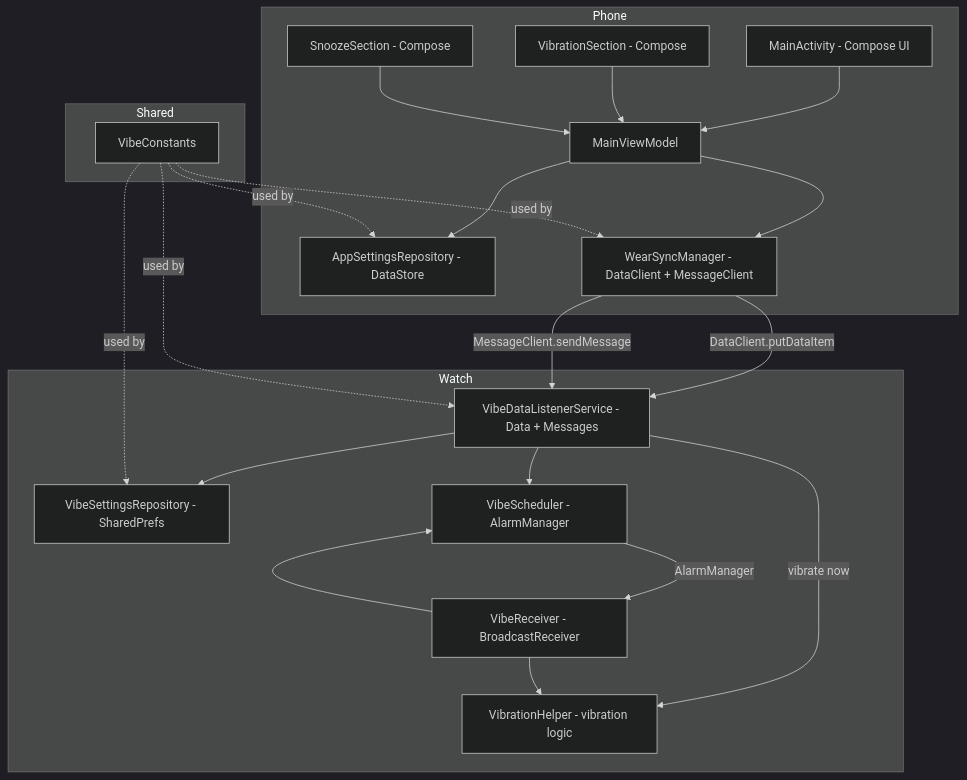
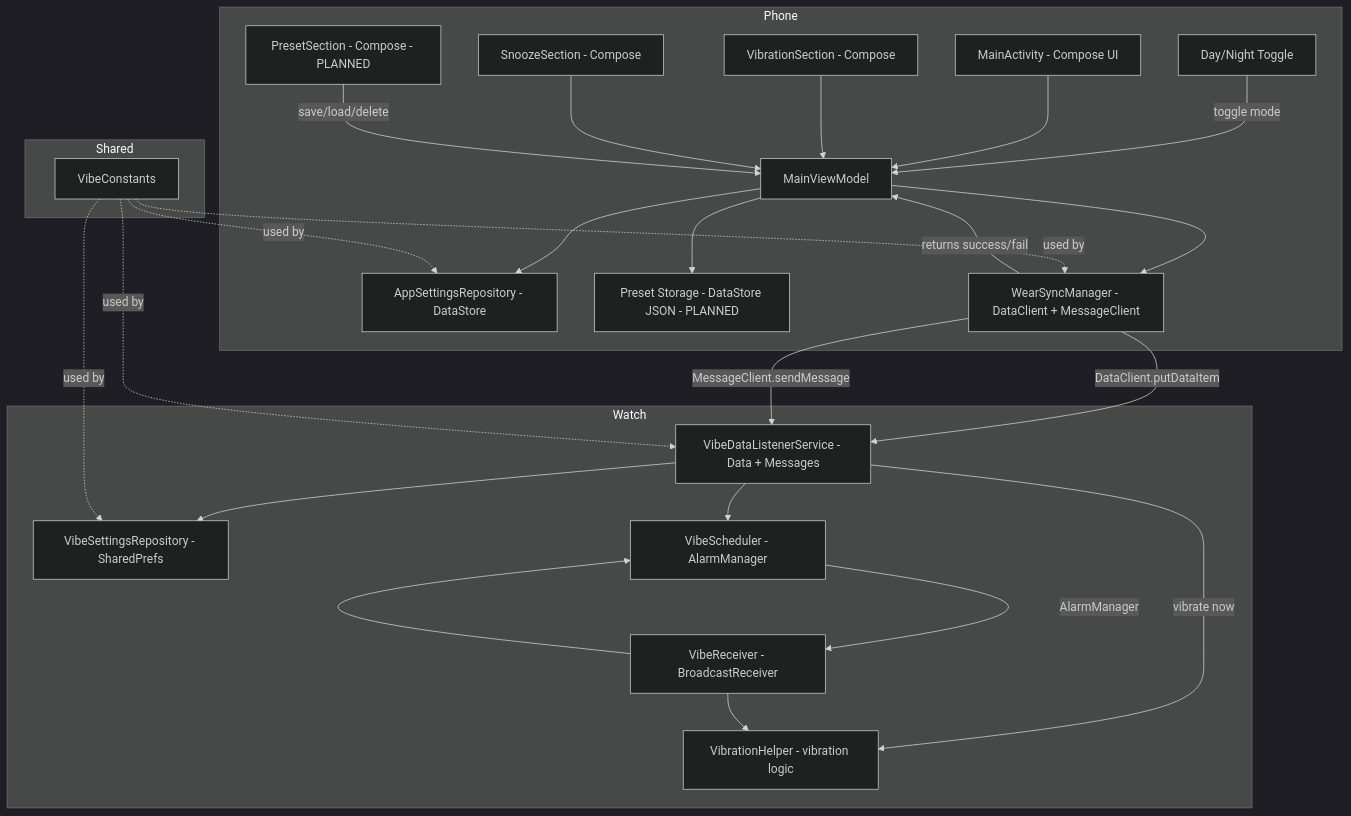
Before and after one commit to tjthejuggler/VILD: the diagram in memory-bank/systemPatterns.md, drawn with Mermaid (dark theme). The commit also changed other lines of this file and 264 other files, not shown here.

Commit message:
night and day mode added, savable setings

````diff
--- a/memory-bank/systemPatterns.md
+++ b/memory-bank/systemPatterns.md
@@ -7,41 +7,48 @@
 ```mermaid
 graph TD
     subgraph Phone
+        DayNightToggle[Day/Night Toggle]
         UI[MainActivity - Compose UI]
         VibSec[VibrationSection - Compose]
         SnoozeSec[SnoozeSection - Compose]
+        PresetSec[PresetSection - Compose - PLANNED]
         VM[MainViewModel]
         Repo[AppSettingsRepository - DataStore]
+        PresetStore[Preset Storage - DataStore JSON - PLANNED]
         Sync[WearSyncManager - DataClient + MessageClient]
     end
 
     subgraph Shared
         Const[VibeConstants]
     end
 
     subgraph Watch
         Listener[VibeDataListenerService - Data + Messages]
         WRepo[VibeSettingsRepository - SharedPrefs]
         Sched[VibeScheduler - AlarmManager]
         Recv[VibeReceiver - BroadcastReceiver]
         VibHelp[VibrationHelper - vibration logic]
     end
 
+    DayNightToggle -->|toggle mode| VM
     UI --> VM
     VibSec --> VM
     SnoozeSec --> VM
+    PresetSec -->|save/load/delete| VM
     VM --> Repo
+    VM --> PresetStore
     VM --> Sync
     Sync -->|DataClient.putDataItem| Listener
     Sync -->|MessageClient.sendMessage| Listener
+    Sync -->|returns success/fail| VM
     Listener --> WRepo
     Listener --> Sched
     Listener -->|vibrate now| VibHelp
     Sched -->|AlarmManager| Recv
     Recv --> VibHelp
     Recv --> Sched
     Const -.->|used by| Sync
     Const -.->|used by| Listener
     Const -.->|used by| Repo
     Const -.->|used by| WRepo
 ```
````
